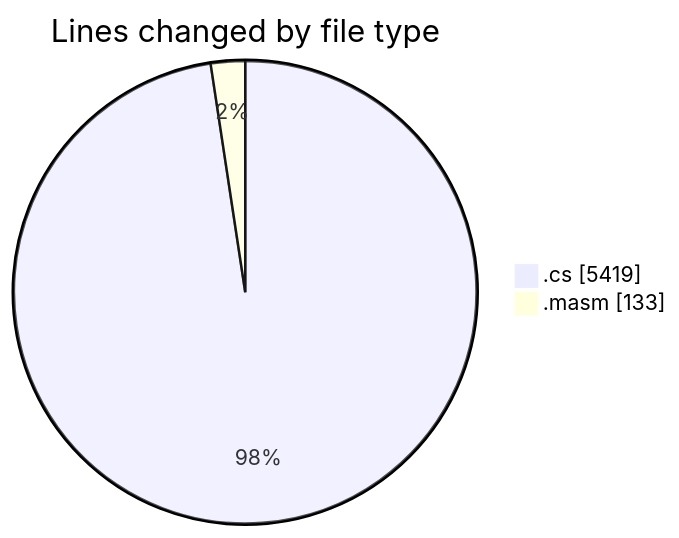
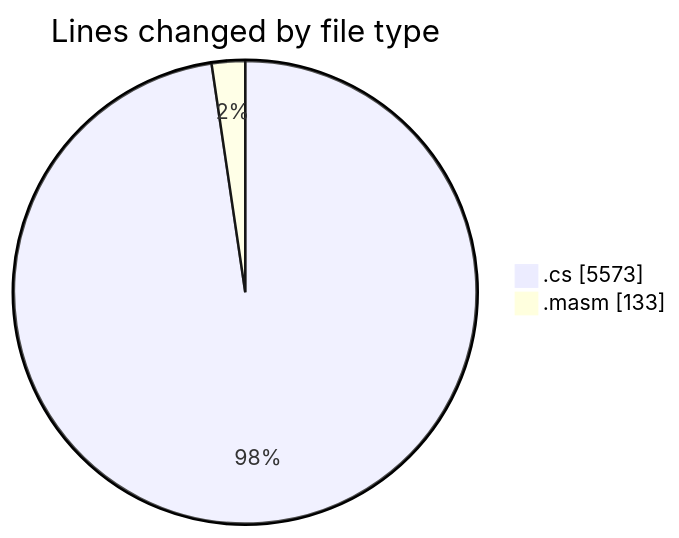
One commit to charlie-sans/code-tracking changed the first of 2 diagrams in 2025-03-17/sharpmasm/README.md. Above: the diagram before and after it, drawn with Mermaid. The commit also changed other lines of this file and 1 other file, not shown here.

````diff
--- a/2025-03-17/sharpmasm/README.md
+++ b/2025-03-17/sharpmasm/README.md
@@ -27,6 +27,6 @@
 ```mermaid
 pie showData
 title Lines changed by file type
-".cs" : 5419
+".cs" : 5573
 ".masm" : 133
 ```
````
